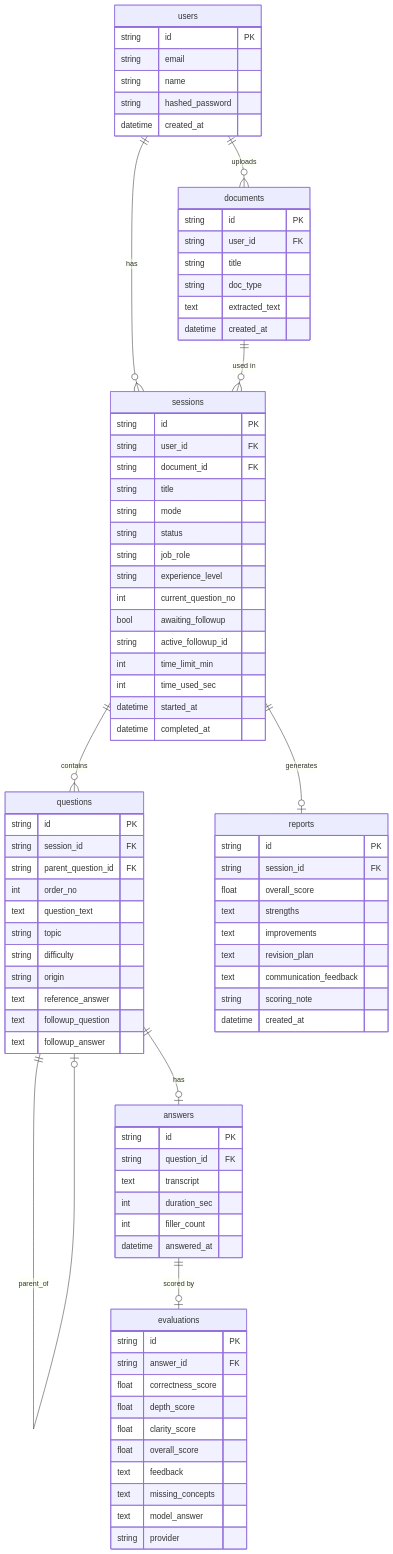
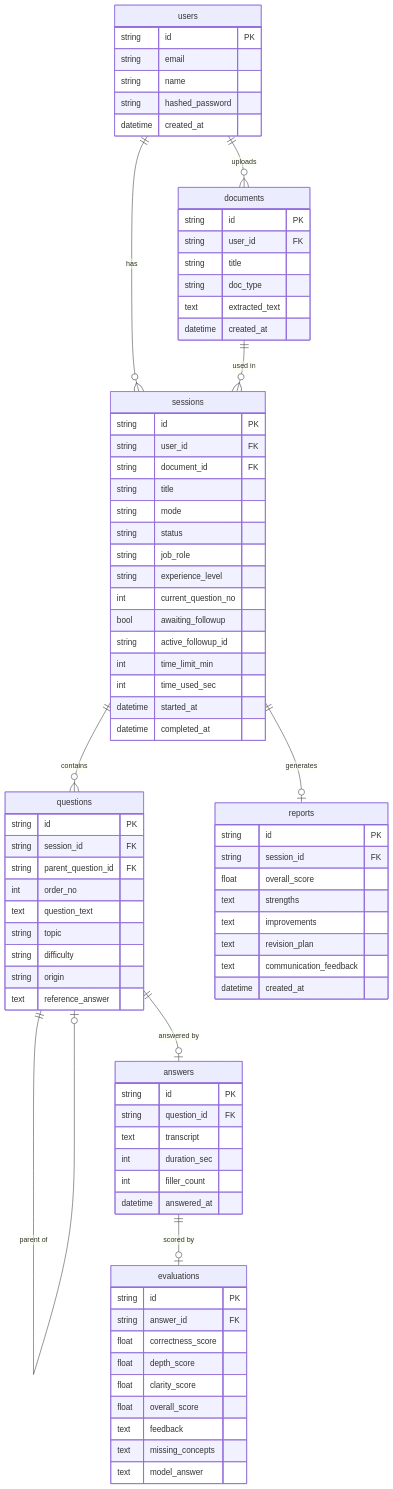
One commit to Anu7276/VIVORA changed the third of 8 diagrams in README.md. Above: the diagram before and after it, drawn with Mermaid. The commit also changed other lines of this file, not shown here.

Commit message:
fix: escape special chars in Mermaid diagrams - fix curly brace parse errors

````diff
--- a/README.md
+++ b/README.md
@@ -442,7 +401,6 @@
         string hashed_password
         datetime created_at
     }
-
     documents {
         string id PK
         string user_id FK
@@ -451,7 +409,6 @@
         text extracted_text
         datetime created_at
     }
-
     sessions {
         string id PK
         string user_id FK
@@ -469,7 +426,6 @@
         datetime started_at
         datetime completed_at
     }
-
     questions {
         string id PK
         string session_id FK
@@ -480,10 +436,7 @@
         string difficulty
         string origin
         text reference_answer
-        text followup_question
-        text followup_answer
     }
-
     answers {
         string id PK
         string question_id FK
@@ -492,7 +445,6 @@
         int filler_count
         datetime answered_at
     }
-
     evaluations {
         string id PK
         string answer_id FK
@@ -503,9 +455,7 @@
         text feedback
         text missing_concepts
         text model_answer
-        string provider
     }
-
     reports {
         string id PK
         string session_id FK
@@ -514,7 +464,6 @@
         text improvements
         text revision_plan
         text communication_feedback
-        string scoring_note
         datetime created_at
     }
 
@@ -522,8 +471,8 @@
     users ||--o{ documents : "uploads"
     documents ||--o{ sessions : "used in"
     sessions ||--o{ questions : "contains"
-    questions ||--o| questions : "parent_of"
-    questions ||--o| answers : "has"
+    questions ||--o| questions : "parent of"
+    questions ||--o| answers : "answered by"
     answers ||--o| evaluations : "scored by"
     sessions ||--o| reports : "generates"
 ```
````
